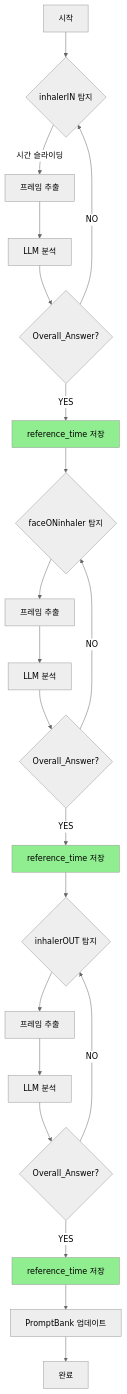
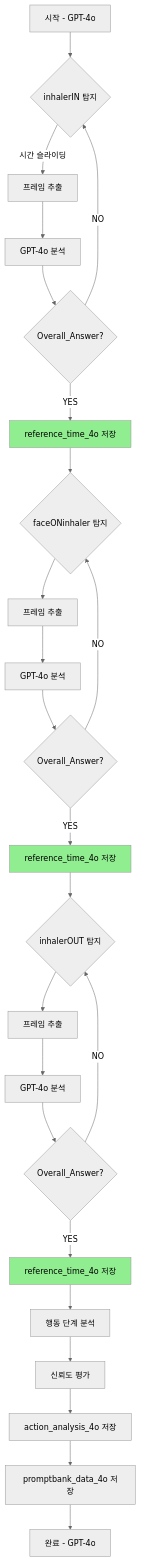
Before and after one commit to BrianTakion/AI_inhaler_Langgraph: the third of 13 diagrams in app/ARCHITECTURE.md, drawn with Mermaid (neutral theme). The commit also changed other lines of this file and 22 other files, not shown here.

````diff
--- a/app/ARCHITECTURE.md
+++ b/app/ARCHITECTURE.md
@@ -62,30 +64,33 @@
 ```mermaid
 graph TD
-    A[시작] --> B{inhalerIN 탐지}
+    A[시작 - GPT-4o] --> B{inhalerIN 탐지}
     B -->|시간 슬라이딩| C[프레임 추출]
-    C --> D[LLM 분석]
+    C --> D[GPT-4o 분석]
     D --> E{Overall_Answer?}
-    E -->|YES| F[reference_time 저장]
+    E -->|YES| F[reference_time_4o 저장]
     E -->|NO| B
-    
+
     F --> G{faceONinhaler 탐지}
     G --> H[프레임 추출]
-    H --> I[LLM 분석]
+    H --> I[GPT-4o 분석]
     I --> J{Overall_Answer?}
-    J -->|YES| K[reference_time 저장]
+    J -->|YES| K[reference_time_4o 저장]
     J -->|NO| G
-    
+
     K --> L{inhalerOUT 탐지}
     L --> M[프레임 추출]
-    M --> N[LLM 분석]
+    M --> N[GPT-4o 분석]
     N --> O{Overall_Answer?}
-    O -->|YES| P[reference_time 저장]
+    O -->|YES| P[reference_time_4o 저장]
     O -->|NO| L
-    
-    P --> Q[PromptBank 업데이트]
-    Q --> R[완료]
+
+    P --> Q[행동 단계 분석]
+    Q --> R[신뢰도 평가]
+    R --> S[action_analysis_4o 저장]
+    S --> T[promptbank_data_4o 저장]
+    T --> U[완료 - GPT-4o]
     
     style F fill:#90EE90
     style K fill:#90EE90
     style P fill:#90EE90
 ```
````
